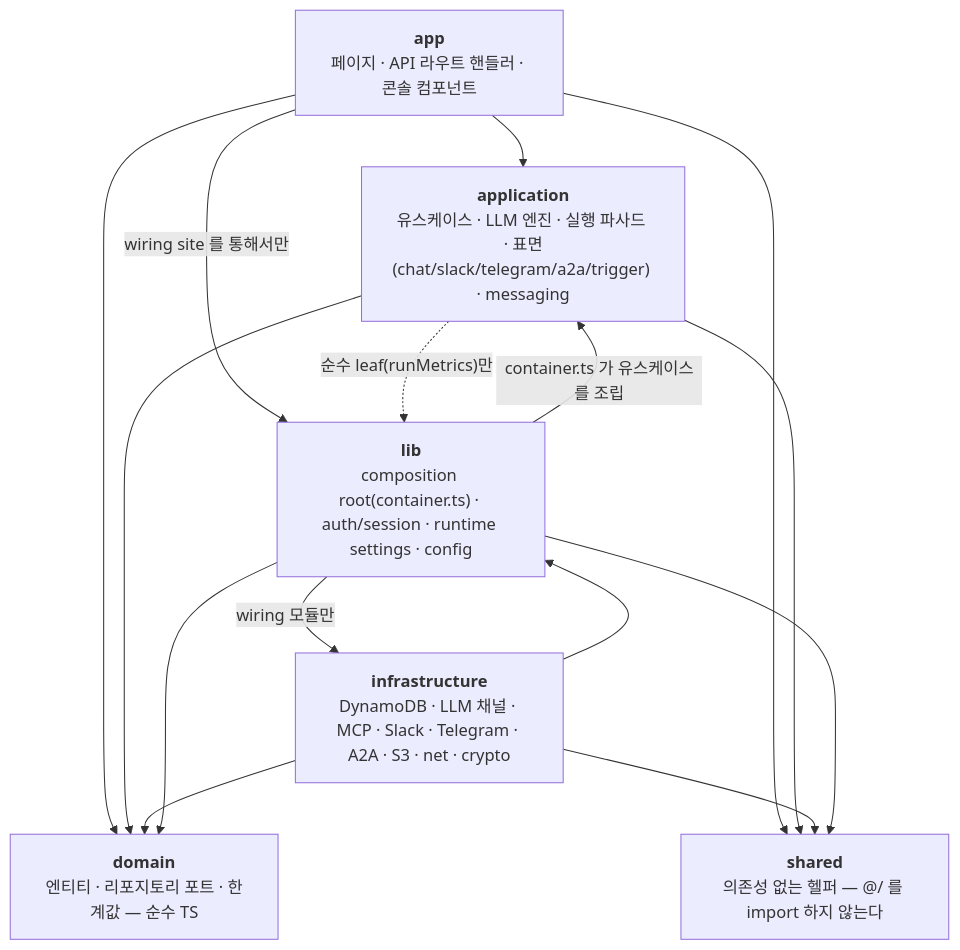
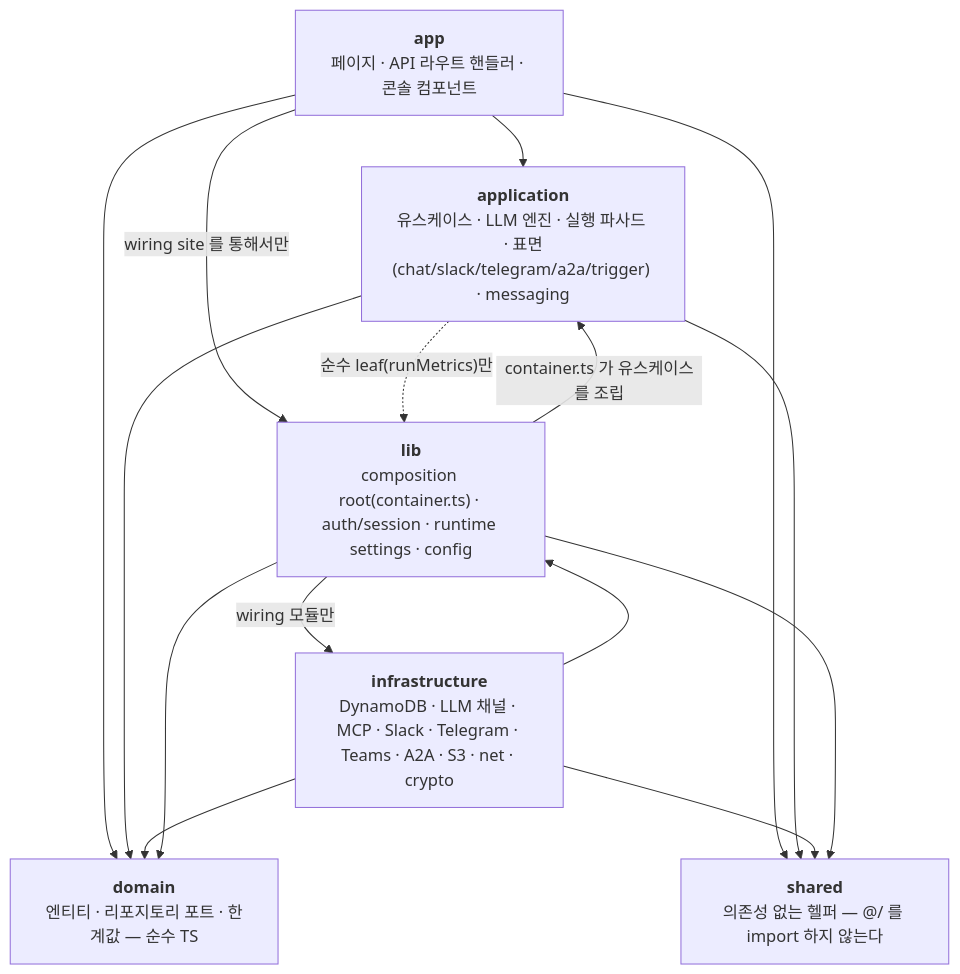
The first of 6 diagrams in docs/DIAGRAMS.md (opspresso/agent-studio), drawn with Mermaid before and after one commit. The commit also changed other lines of this file and 12 other files, not shown here.

````diff
--- a/docs/DIAGRAMS.md
+++ b/docs/DIAGRAMS.md
@@ -12,24 +12,24 @@
 ```mermaid
 flowchart TB
   app["<b>app</b><br/>페이지 · API 라우트 핸들러 · 콘솔 컴포넌트"]
   application["<b>application</b><br/>유스케이스 · LLM 엔진 · 실행 파사드 · 표면(chat/slack/telegram/a2a/trigger) · messaging"]
   domain["<b>domain</b><br/>엔티티 · 리포지토리 포트 · 한계값 — 순수 TS"]
-  infrastructure["<b>infrastructure</b><br/>DynamoDB · LLM 채널 · MCP · Slack · Telegram · A2A · S3 · net · crypto"]
+  infrastructure["<b>infrastructure</b><br/>DynamoDB · LLM 채널 · MCP · Slack · Telegram · Teams · A2A · S3 · net · crypto"]
   lib["<b>lib</b><br/>composition root(container.ts) · auth/session · runtime settings · config"]
   shared["<b>shared</b><br/>의존성 없는 헬퍼 — @/ 를 import 하지 않는다"]
 
   app --> application
   app --> domain
   application --> domain
   infrastructure --> domain
   infrastructure --> lib
   app -->|"wiring site 를 통해서만"| lib
   lib --> domain
   lib -->|"container.ts 가 유스케이스를 조립"| application
   lib -->|"wiring 모듈만"| infrastructure
   application -.->|"순수 leaf(runMetrics)만"| lib
   app --> shared
   application --> shared
   infrastructure --> shared
   lib --> shared
 ```
````
